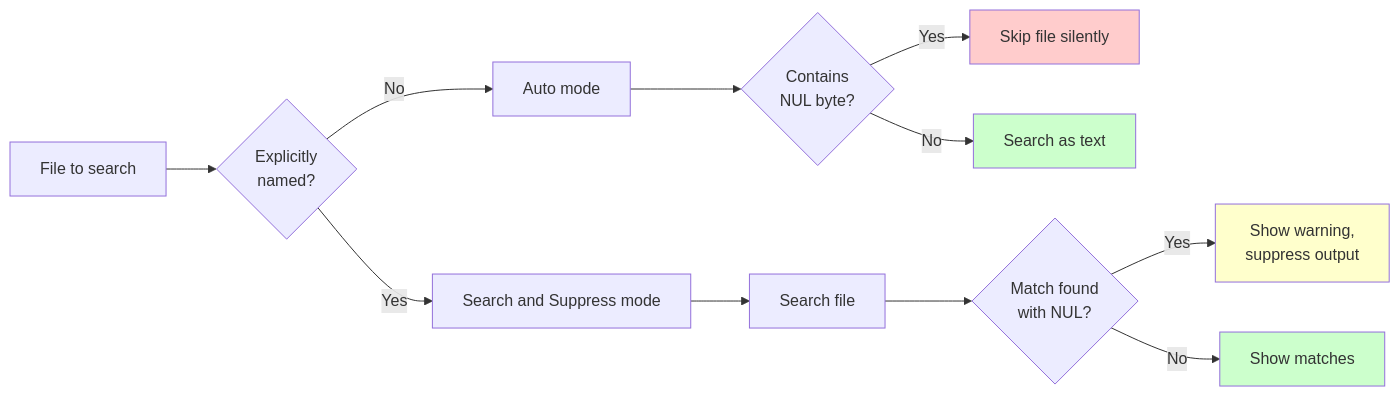
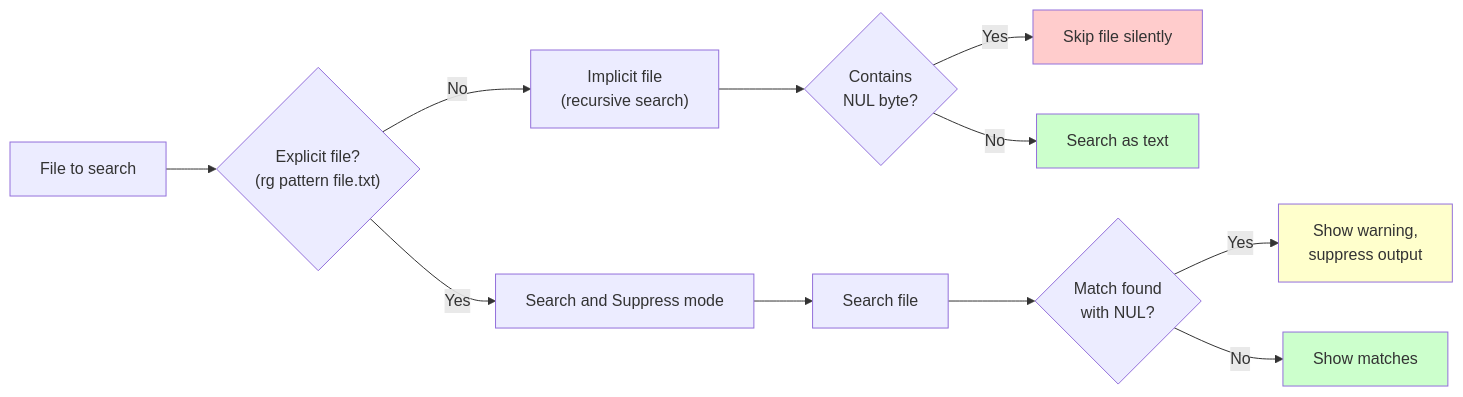
The diagram in docs/binary-data/index.md (iepathos/ripgrep), drawn with Mermaid before and after one commit. The commit also changed other lines of this file, not shown here.

Commit message:
docs: fix drift in ripgrep page 'index'
Improved binary data overview page with three enhancements:

- Enhanced diagram labels for clarity: 'Explicit file? (rg pattern file.txt)' vs 'Implicit file (recursive search)' instead of generic 'Explicitly named?' and 'Auto mode'
- Added specificity to source reference: now mentions BinaryMode enum at line 233 with context that full implementation spans 233-252
- Added stdin behavior row to flag comparison table: stdin is treated as explicit, uses SearchAndSuppress mode by default

Quality improved from 'Excellent overview page with accurate information and good use of visual features. Minor improvements possible for source references and diagram labels.' to enhanced standard with better clarity and completeness.

````diff
--- a/docs/binary-data/index.md
+++ b/docs/binary-data/index.md
@@ -7,24 +7,25 @@
 ```mermaid
 flowchart LR
-    Start[File to search] --> Explicit{"Explicitly
-named?"}
+    Start[File to search] --> Explicit{"Explicit file?
+(rg pattern file.txt)"}
     Explicit -->|Yes| SearchSuppress["Search and Suppress mode"]
-    Explicit -->|No| AutoMode[Auto mode]
+    Explicit -->|No| AutoMode["Implicit file
+(recursive search)"]
 
     AutoMode --> CheckNUL{"Contains
 NUL byte?"}
     CheckNUL -->|Yes| Skip[Skip file silently]
     CheckNUL -->|No| Search[Search as text]
 
     SearchSuppress --> SearchFile[Search file]
     SearchFile --> HasMatch{"Match found
 with NUL?"}
     HasMatch -->|Yes| Warn["Show warning,
 suppress output"]
     HasMatch -->|No| Show[Show matches]
 
     style Skip fill:#ffcccc
     style Warn fill:#ffffcc
     style Show fill:#ccffcc
     style Search fill:#ccffcc
 ```
````
